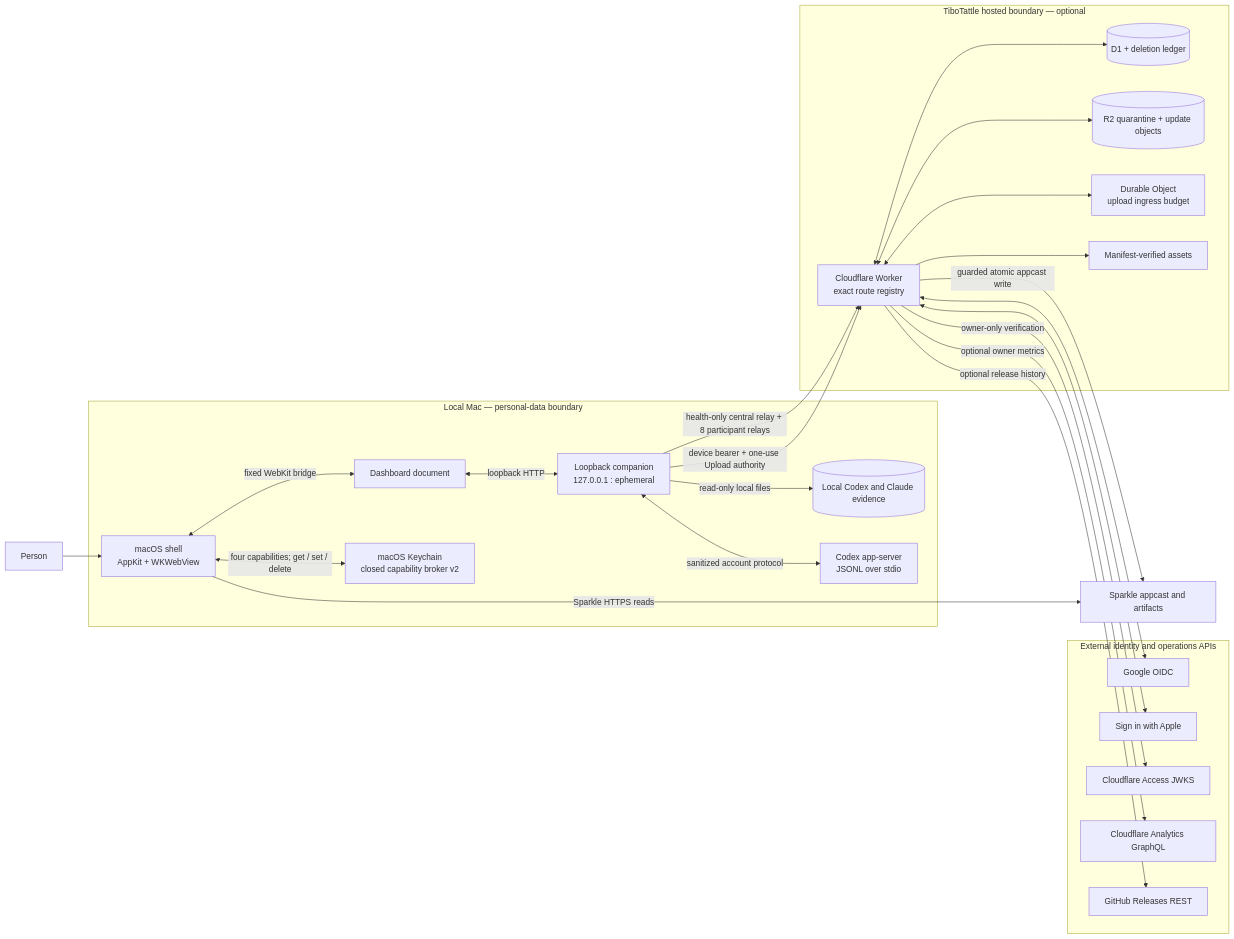
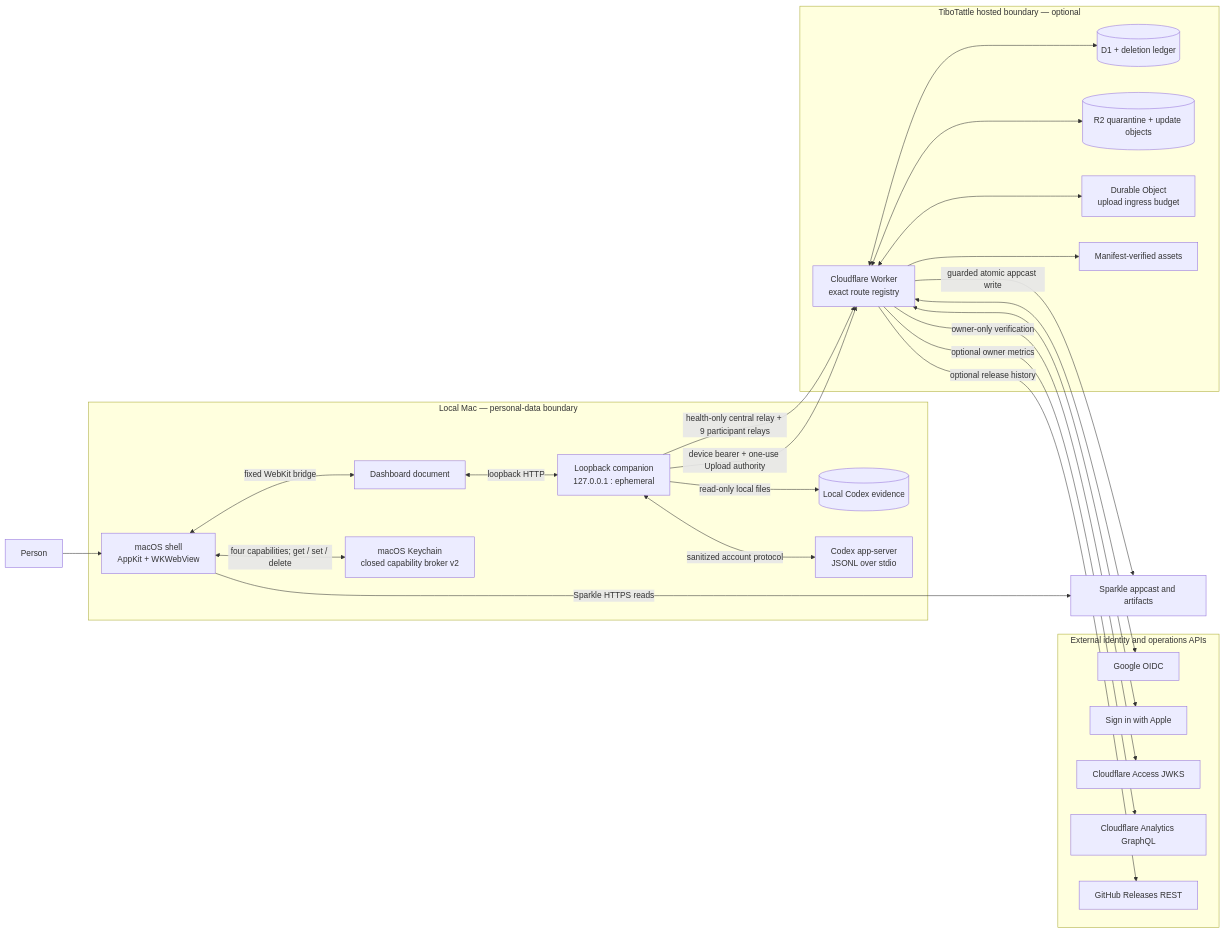
One commit to adamallcock/tibotattle changed the first of 2 diagrams in docs/reference/2026-08-26-api-surface-reference.md. Above: the diagram before and after it, drawn with Mermaid. The commit also changed other lines of this file and 171 other files, not shown here.

````diff
--- a/docs/reference/2026-08-26-api-surface-reference.md
+++ b/docs/reference/2026-08-26-api-surface-reference.md
@@ -60,51 +60,51 @@
 ```mermaid
 flowchart LR
   Person[Person]
 
   subgraph Mac[Local Mac — personal-data boundary]
     Native[macOS shell<br/>AppKit + WKWebView]
     Web[Dashboard document]
     Local[Loopback companion<br/>127.0.0.1 : ephemeral]
-    Evidence[(Local Codex and Claude evidence)]
+    Evidence[(Local Codex evidence)]
     Codex[Codex app-server<br/>JSONL over stdio]
     Keychain[macOS Keychain<br/>closed capability broker v2]
   end
 
   subgraph Cloudflare[TiboTattle hosted boundary — optional]
     Worker[Cloudflare Worker<br/>exact route registry]
     Data[(D1 + deletion ledger)]
     Objects[(R2 quarantine + update objects)]
     Budget[Durable Object<br/>upload ingress budget]
     Assets[Manifest-verified assets]
   end
 
   subgraph Providers[External identity and operations APIs]
     Google[Google OIDC]
     Apple[Sign in with Apple]
     Access[Cloudflare Access JWKS]
     Analytics[Cloudflare Analytics GraphQL]
     GitHub[GitHub Releases REST]
   end
 
   Updates[Sparkle appcast and artifacts]
 
   Person --> Native
   Native <--> |fixed WebKit bridge| Web
   Web <--> |loopback HTTP| Local
   Local --> |read-only local files| Evidence
   Local <--> |sanitized account protocol| Codex
   Native <--> |four capabilities; get / set / delete| Keychain
-  Local --> |health-only central relay + 8 participant relays| Worker
+  Local --> |health-only central relay + 9 participant relays| Worker
   Local --> |device bearer + one-use Upload authority| Worker
   Worker <--> Data
   Worker <--> Objects
   Worker <--> Budget
   Worker --> Assets
   Worker <--> Google
   Worker <--> Apple
   Worker --> |owner-only verification| Access
   Worker --> |optional owner metrics| Analytics
   Worker --> |optional release history| GitHub
   Native --> |Sparkle HTTPS reads| Updates
   Worker --> |guarded atomic appcast write| Updates
 ```
````
